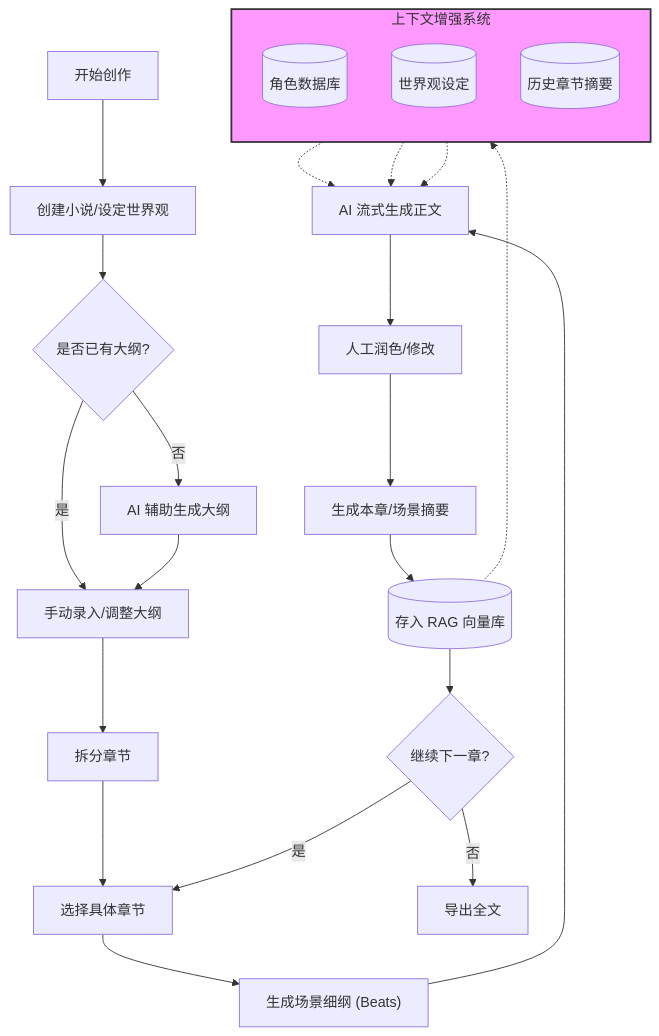
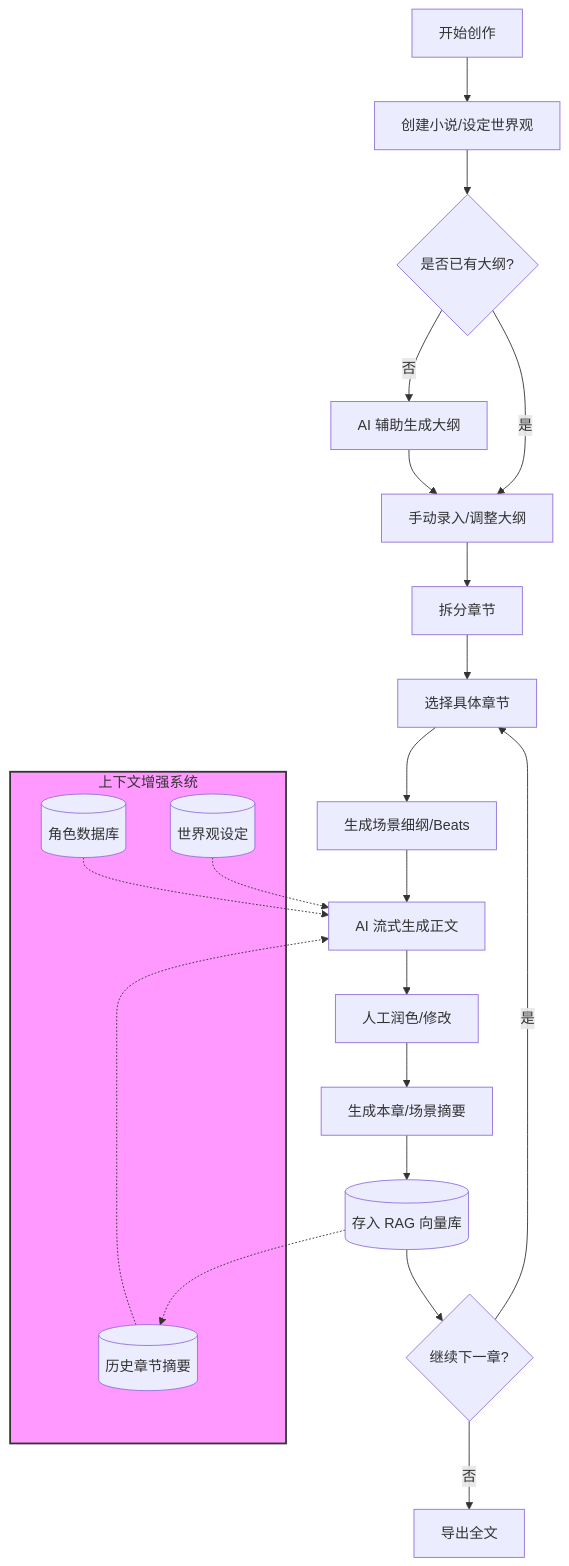
One commit to linnyh/StoryWeaver changed the diagram in README.md. Above: the diagram before and after it, drawn with Mermaid.

Commit message:
docs: simplify mermaid diagram syntax for better compatibility

````diff
--- a/README.md
+++ b/README.md
@@ -34,32 +34,31 @@
 ```mermaid
-graph TD
-    A["开始创作"] --> B["创建小说/设定世界观"]
-    B --> C{"是否已有大纲?"}
-    C -- "否" --> D["AI 辅助生成大纲"]
-    C -- "是" --> E["手动录入/调整大纲"]
+flowchart TD
+    A[开始创作] --> B[创建小说/设定世界观]
+    B --> C{是否已有大纲?}
+    C -- 否 --> D[AI 辅助生成大纲]
+    C -- 是 --> E[手动录入/调整大纲]
     D --> E
-    E --> F["拆分章节"]
-    F --> G["选择具体章节"]
-    G --> H["生成场景细纲 (Beats)"]
-    H --> I["AI 流式生成正文"]
-    I --> J["人工润色/修改"]
-    J --> K["生成本章/场景摘要"]
-    K --> L[("存入 RAG 向量库")]
-    L --> M{"继续下一章?"}
-    M -- "是" --> G
-    M -- "否" --> N["导出全文"]
+    E --> F[拆分章节]
+    F --> G[选择具体章节]
+    G --> H[生成场景细纲/Beats]
+    H --> I[AI 流式生成正文]
+    I --> J[人工润色/修改]
+    J --> K[生成本章/场景摘要]
+    K --> L[(存入 RAG 向量库)]
+    L --> M{继续下一章?}
+    M -- 是 --> G
+    M -- 否 --> N[导出全文]
     
-    subgraph RAG_System ["上下文增强系统"]
-        direction TB
-        O[("角色数据库")]
-        P[("世界观设定")]
-        Q[("历史章节摘要")]
+    subgraph Context [上下文增强系统]
+        O[(角色数据库)]
+        P[(世界观设定)]
+        Q[(历史章节摘要)]
     end
-    
-    style RAG_System fill:#f9f,stroke:#333,stroke-width:2px
     
     O -.-> I
     P -.-> I
     Q -.-> I
     L -.-> Q
+    
+    style Context fill:#f9f,stroke:#333,stroke-width:2px
 ```
````
